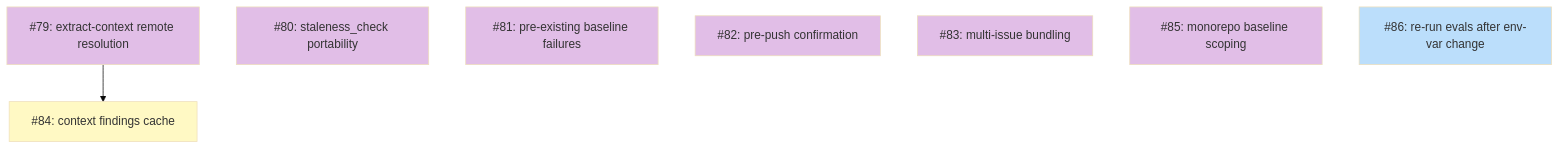
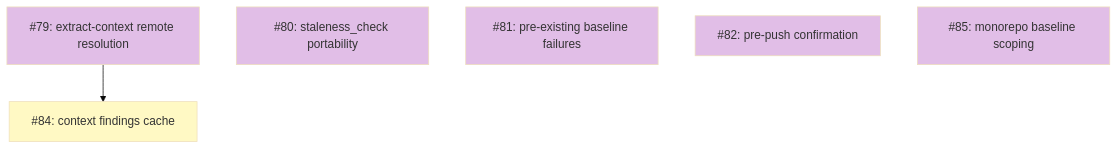
One commit to tsukumogami/shirabe changed the diagram in docs/plans/PLAN-work-on-friction-fixes.md. Above: the diagram before and after it, drawn with Mermaid (base theme). The commit also changed other lines of this file, not shown here.

````diff
--- a/docs/plans/PLAN-work-on-friction-fixes.md
+++ b/docs/plans/PLAN-work-on-friction-fixes.md
@@ -83,27 +87,24 @@
 ```mermaid
 graph TD
   I79["#79: extract-context remote resolution"]
   I80["#80: staleness_check portability"]
   I81["#81: pre-existing baseline failures"]
   I82["#82: pre-push confirmation"]
-  I83["#83: multi-issue bundling"]
   I84["#84: context findings cache"]
   I85["#85: monorepo baseline scoping"]
-  I86["#86: re-run evals after env-var change"]
 
   I79 --> I84
 
   classDef done fill:#c8e6c9
   classDef ready fill:#bbdefb
   classDef blocked fill:#fff9c4
   classDef needsDesign fill:#e1bee7
   classDef needsPrd fill:#b3e5fc
   classDef needsSpike fill:#ffcdd2
   classDef needsDecision fill:#d1c4e9
   classDef tracksDesign fill:#FFE0B2,stroke:#F57C00,color:#000
   classDef tracksPlan fill:#FFE0B2,stroke:#F57C00,color:#000
 
-  class I79,I80,I81,I82,I83,I85 needsDesign
+  class I79,I80,I81,I82,I85 needsDesign
   class I84 blocked
-  class I86 ready
 ```
````
